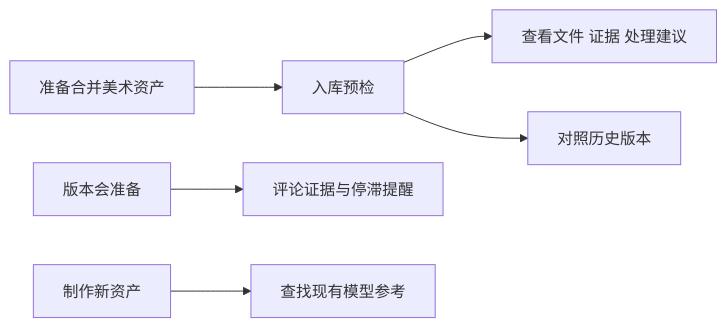
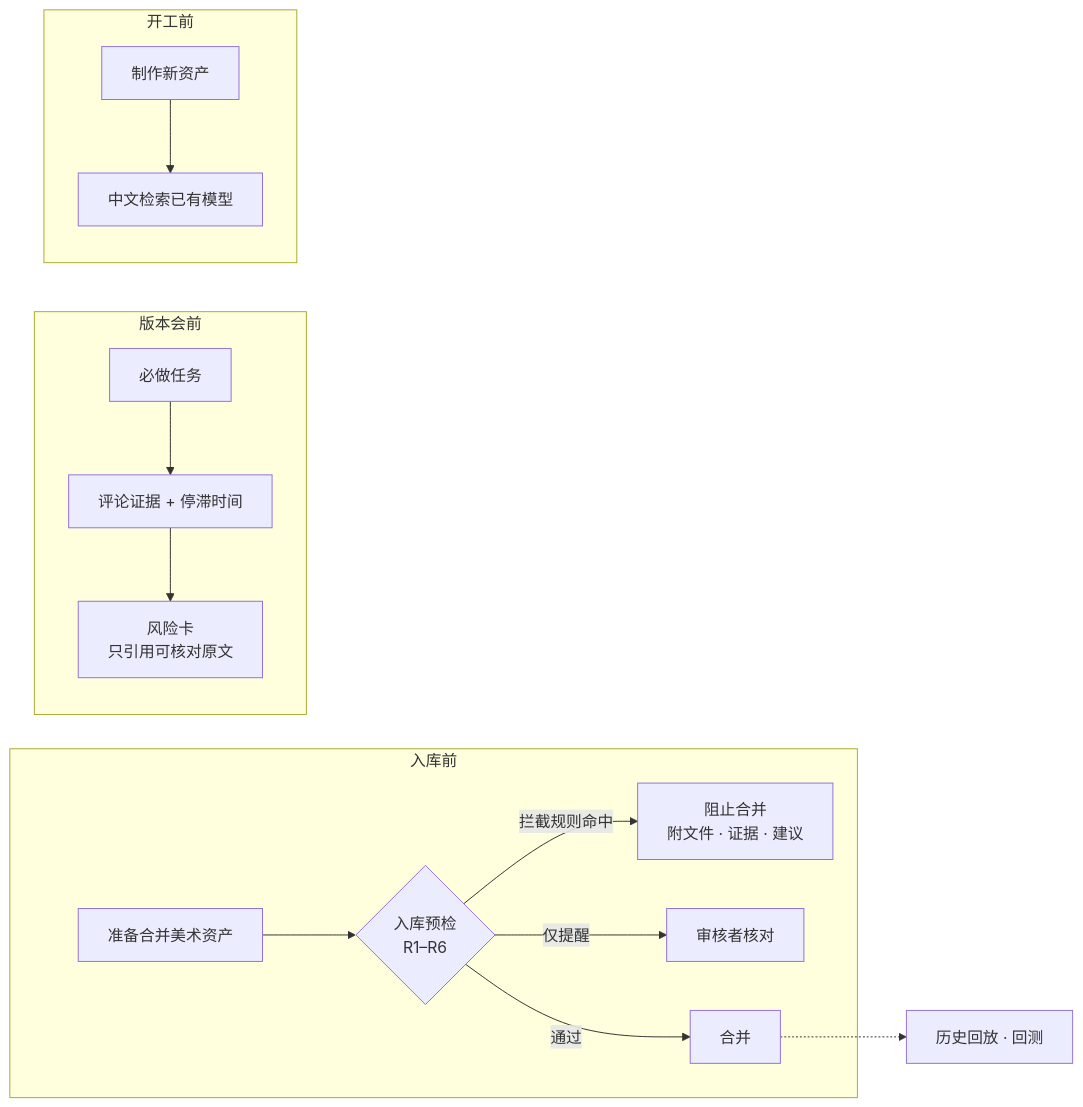
Before and after one commit to felix6328/ieg-artpipe: the diagram in README.md, drawn with Mermaid. The commit also changed other lines of this file and 10 other files, not shown here.

````diff
--- a/README.md
+++ b/README.md
@@ -5,8 +72,17 @@
 ```mermaid
 flowchart LR
-    A[准备合并美术资产] --> B[入库预检]
-    B --> C[查看文件 证据 处理建议]
-    B --> D[对照历史版本]
-    E[版本会准备] --> F[评论证据与停滞提醒]
-    G[制作新资产] --> H[查找现有模型参考]
+    subgraph 入库前
+        A[准备合并美术资产] --> B{入库预检<br/>R1–R6}
+        B -->|拦截规则命中| X[阻止合并<br/>附文件 · 证据 · 建议]
+        B -->|仅提醒| R[审核者核对]
+        B -->|通过| M[合并]
+    end
+    subgraph 版本会前
+        E[必做任务] --> F[评论证据 + 停滞时间]
+        F --> K[风险卡<br/>只引用可核对原文]
+    end
+    subgraph 开工前
+        G[制作新资产] --> H[中文检索已有模型]
+    end
+    M -.-> P[历史回放 · 回测]
 ```
````
